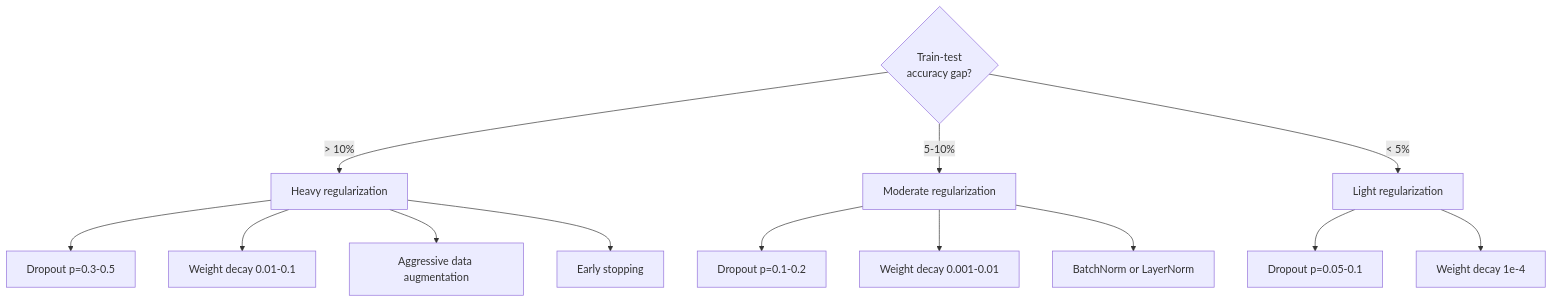
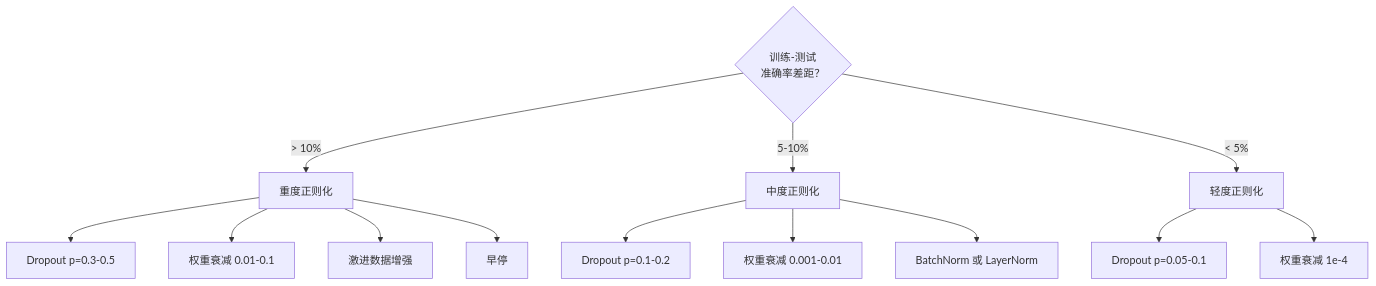
The third of 3 diagrams in phases/03-deep-learning-core/07-regularization/docs/zh.md (alessandrodinisio-ai/ai-engineering-learning-framework), drawn with Mermaid before and after one commit. The commit also changed other lines of this file and 120 other files, not shown here.

First line of the commit message:
i18n(mermaid): 337 个 mermaid 图表标签中文化

````diff
--- a/phases/03-deep-learning-core/07-regularization/docs/zh.md
+++ b/phases/03-deep-learning-core/07-regularization/docs/zh.md
@@ -171,18 +171,18 @@
 ```mermaid
 flowchart TD
-    Gap{"Train-test<br/>accuracy gap?"} -->|"> 10%"| Heavy["Heavy regularization"]
-    Gap -->|"5-10%"| Medium["Moderate regularization"]
-    Gap -->|"< 5%"| Light["Light regularization"]
+    Gap{"训练-测试<br/>准确率差距？"} -->|"> 10%"| Heavy["重度正则化"]
+    Gap -->|"5-10%"| Medium["中度正则化"]
+    Gap -->|"< 5%"| Light["轻度正则化"]
 
     Heavy --> D5["Dropout p=0.3-0.5"]
-    Heavy --> WD2["Weight decay 0.01-0.1"]
-    Heavy --> Aug["Aggressive data augmentation"]
-    Heavy --> ES["Early stopping"]
+    Heavy --> WD2["权重衰减 0.01-0.1"]
+    Heavy --> Aug["激进数据增强"]
+    Heavy --> ES["早停"]
 
     Medium --> D3["Dropout p=0.1-0.2"]
-    Medium --> WD1["Weight decay 0.001-0.01"]
-    Medium --> Norm["BatchNorm or LayerNorm"]
+    Medium --> WD1["权重衰减 0.001-0.01"]
+    Medium --> Norm["BatchNorm 或 LayerNorm"]
 
     Light --> D1["Dropout p=0.05-0.1"]
-    Light --> WD0["Weight decay 1e-4"]
+    Light --> WD0["权重衰减 1e-4"]
 ```
````
